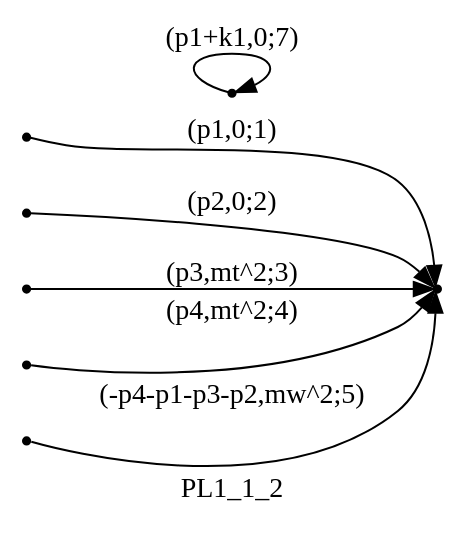
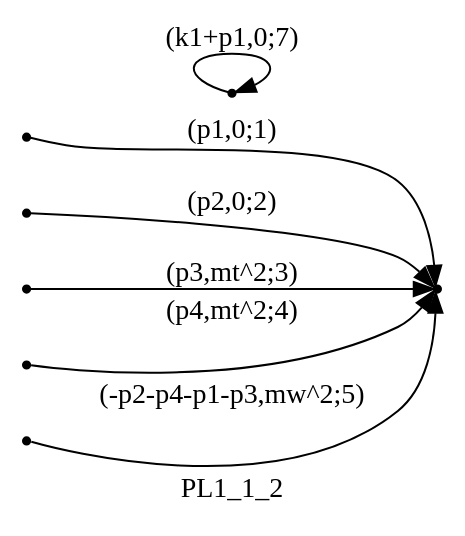
The diagram in 1loopAmplitude/Reduze/graphs/PL1/all/PL1_1_02.dot (UsHnBaGp/Wtt), drawn with Graphviz before and after one commit. The commit also changed 112 other files, not shown here.

```diff
--- a/1loopAmplitude/Reduze/graphs/PL1/all/PL1_1_02.dot
+++ b/1loopAmplitude/Reduze/graphs/PL1/all/PL1_1_02.dot
@@ -1,20 +1,20 @@
 digraph PL1_1_2 {
   label="PL1_1_2";
   rankdir="LR";
   subgraph edges {
     -1 -> 1 [label="(p1,0;1)"];
     -2 -> 1 [label="(p2,0;2)"];
     -3 -> 1 [label="(p3,mt^2;3)"];
     -4 -> 1 [label="(p4,mt^2;4)"];
-    -5 -> 1 [label="(-p4-p1-p3-p2,mw^2;5)"];
-    2 -> 2 [label="(p1+k1,0;7)"];
+    -5 -> 1 [label="(-p2-p4-p1-p3,mw^2;5)"];
+    2 -> 2 [label="(k1+p1,0;7)"];
   }
   subgraph incoming { rank="source"; -1; -2; -3; -4; -5; }
 -5 [shape=point];
 -4 [shape=point];
 -3 [shape=point];
 -2 [shape=point];
 -1 [shape=point];
 1 [shape=point];
 2 [shape=point];
 }
```
